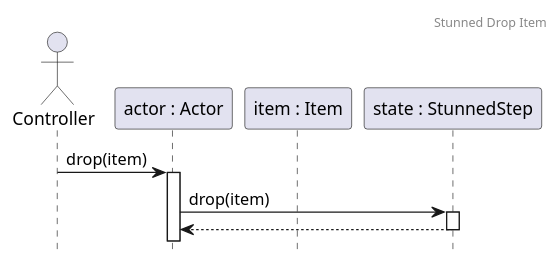
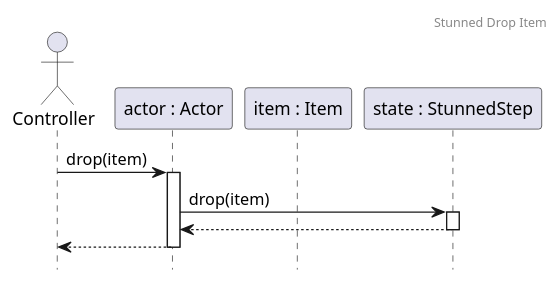
Before and after one commit to Kristof-me/Logarlec: the diagram in docs/sequence/stunned/StunnedDropItem.puml, drawn with PlantUML. The commit also changed 4 other files, not shown here.

Commit message:
Checked Sequence 25-31 Closing #92

```diff
--- a/docs/sequence/stunned/StunnedDropItem.puml
+++ b/docs/sequence/stunned/StunnedDropItem.puml
@@ -1,15 +1,16 @@
 @startuml StunnedDropItem
 header Stunned Drop Item
 
 hide footbox
 autoactivate on
 
 actor A as "Controller"
 participant B as "actor : Actor"
 participant D as "item : Item"
 participant C as "state : StunnedStep"
 A -> B : drop(item)
 B -> C : drop(item)
 return
+return
 
 @enduml
```
